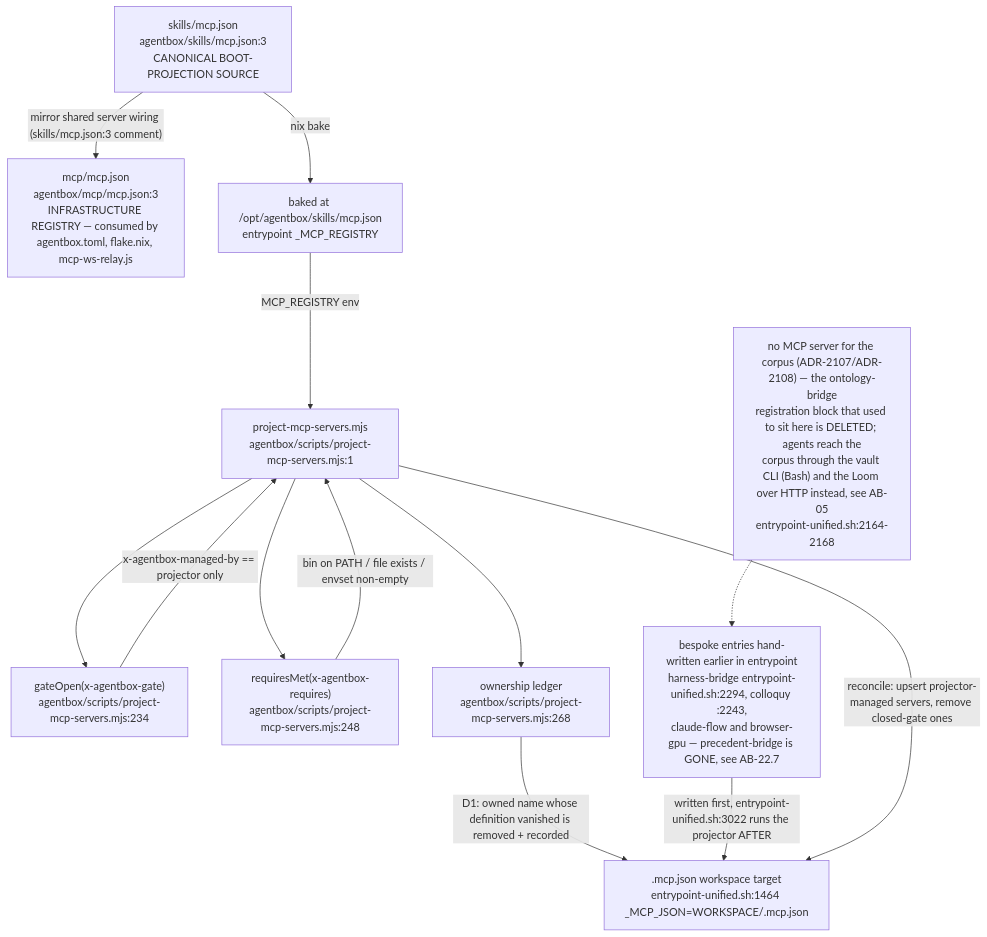
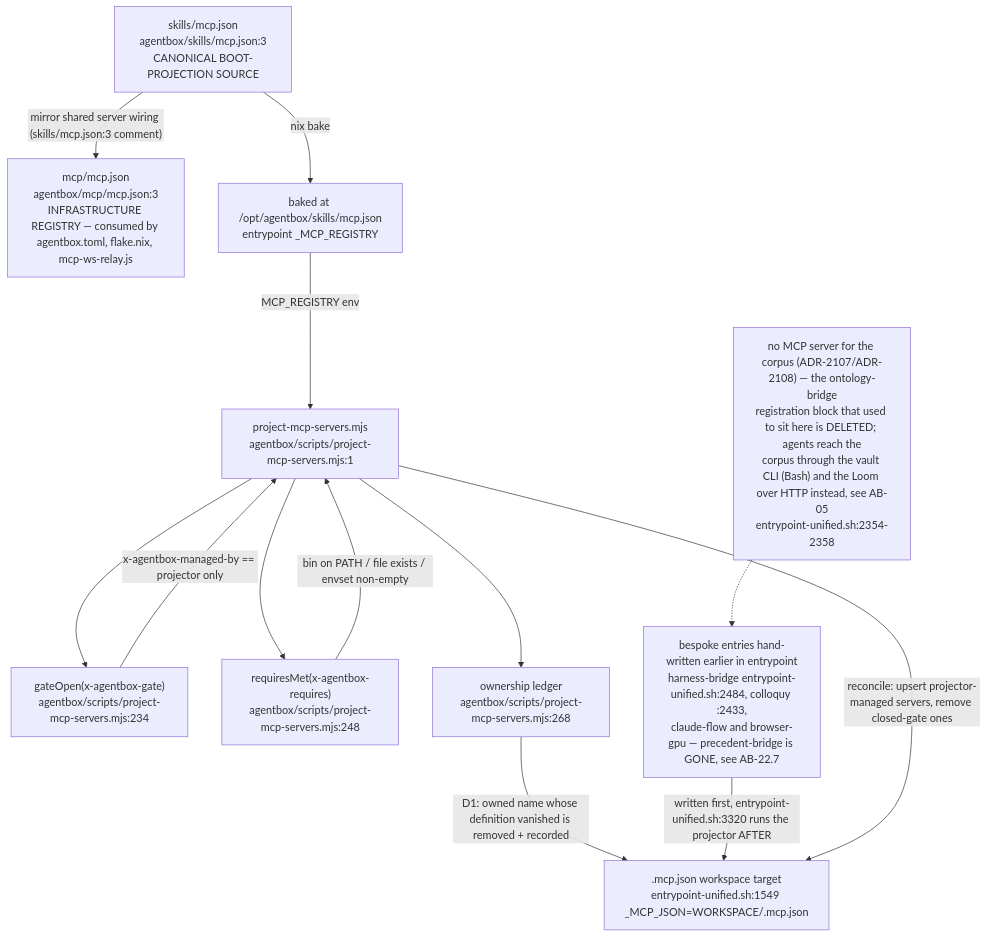
One commit to DreamLab-AI/VisionFlow changed the ninth of 12 diagrams in docs/diagrams/agentbox/22-skills-and-routing.md. Above: the diagram before and after it, drawn with Mermaid. The commit also changed other lines of this file and 160 other files, not shown here.

````diff
--- a/docs/diagrams/agentbox/22-skills-and-routing.md
+++ b/docs/diagrams/agentbox/22-skills-and-routing.md
@@ -391,26 +397,26 @@
 ```mermaid
 flowchart TB
     REG["skills/mcp.json<br/>agentbox/skills/mcp.json:3<br/>CANONICAL BOOT-PROJECTION SOURCE"]
     MIRROR["mcp/mcp.json<br/>agentbox/mcp/mcp.json:3<br/>INFRASTRUCTURE REGISTRY — consumed by agentbox.toml, flake.nix, mcp-ws-relay.js"]
     BAKE["baked at /opt/agentbox/skills/mcp.json<br/>entrypoint _MCP_REGISTRY"]
     PROJ["project-mcp-servers.mjs<br/>agentbox/scripts/project-mcp-servers.mjs:1"]
     GATE["gateOpen(x-agentbox-gate)<br/>agentbox/scripts/project-mcp-servers.mjs:234"]
     REQ["requiresMet(x-agentbox-requires)<br/>agentbox/scripts/project-mcp-servers.mjs:248"]
     LEDGER["ownership ledger<br/>agentbox/scripts/project-mcp-servers.mjs:268"]
-    WS[".mcp.json workspace target<br/>entrypoint-unified.sh:1464 _MCP_JSON=WORKSPACE/.mcp.json"]
-    NOONT["no MCP server for the corpus (ADR-2107/ADR-2108) — the ontology-bridge<br/>registration block that used to sit here is DELETED; agents reach the<br/>corpus through the vault CLI (Bash) and the Loom over HTTP instead, see AB-05<br/>entrypoint-unified.sh:2164-2168"]
-    BESPOKE["bespoke entries hand-written earlier in entrypoint<br/>harness-bridge entrypoint-unified.sh:2294, colloquy :2243,<br/>claude-flow and browser-gpu — precedent-bridge is GONE, see AB-22.7"]
+    WS[".mcp.json workspace target<br/>entrypoint-unified.sh:1549 _MCP_JSON=WORKSPACE/.mcp.json"]
+    NOONT["no MCP server for the corpus (ADR-2107/ADR-2108) — the ontology-bridge<br/>registration block that used to sit here is DELETED; agents reach the<br/>corpus through the vault CLI (Bash) and the Loom over HTTP instead, see AB-05<br/>entrypoint-unified.sh:2354-2358"]
+    BESPOKE["bespoke entries hand-written earlier in entrypoint<br/>harness-bridge entrypoint-unified.sh:2484, colloquy :2433,<br/>claude-flow and browser-gpu — precedent-bridge is GONE, see AB-22.7"]
 
     REG -- "mirror shared server wiring (skills/mcp.json:3 comment)" --> MIRROR
     REG -- "nix bake" --> BAKE
     BAKE -- "MCP_REGISTRY env" --> PROJ
     PROJ --> GATE
     PROJ --> REQ
     GATE -- "x-agentbox-managed-by == projector only" --> PROJ
     REQ -- "bin on PATH / file exists / envset non-empty" --> PROJ
     PROJ --> LEDGER
     LEDGER -- "D1: owned name whose definition vanished is removed + recorded" --> WS
     NOONT -.-> BESPOKE
-    BESPOKE -- "written first, entrypoint-unified.sh:3022 runs the projector AFTER" --> WS
+    BESPOKE -- "written first, entrypoint-unified.sh:3320 runs the projector AFTER" --> WS
     PROJ -- "reconcile: upsert projector-managed servers, remove closed-gate ones" --> WS
 ```
````
